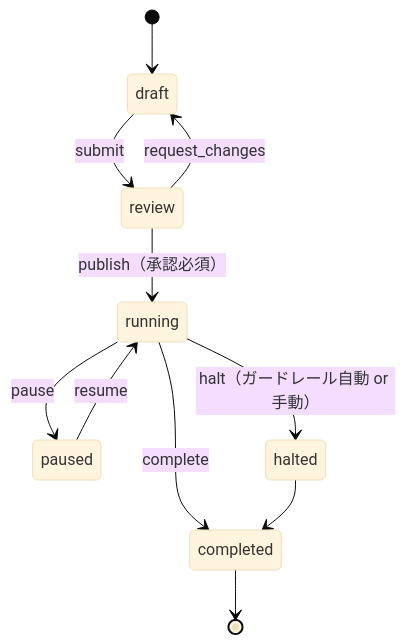
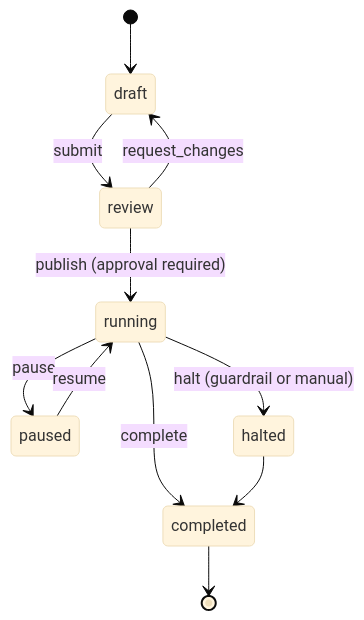
The diagram in docs/05-services.md (0x0c/bakuchi), drawn with Mermaid (base theme) before and after one commit. The commit also changed other lines of this file and 37 other files, not shown here.

````diff
--- a/docs/05-services.md
+++ b/docs/05-services.md
@@ -130,13 +143,13 @@
 ```mermaid
 stateDiagram-v2
     [*] --> draft
     draft --> review: submit
     review --> draft: request_changes
-    review --> running: publish（承認必須）
+    review --> running: publish (approval required)
     running --> paused: pause
     paused --> running: resume
-    running --> halted: halt（ガードレール自動 or 手動）
+    running --> halted: halt (guardrail or manual)
     running --> completed: complete
     halted --> completed
     completed --> [*]
 ```
````
